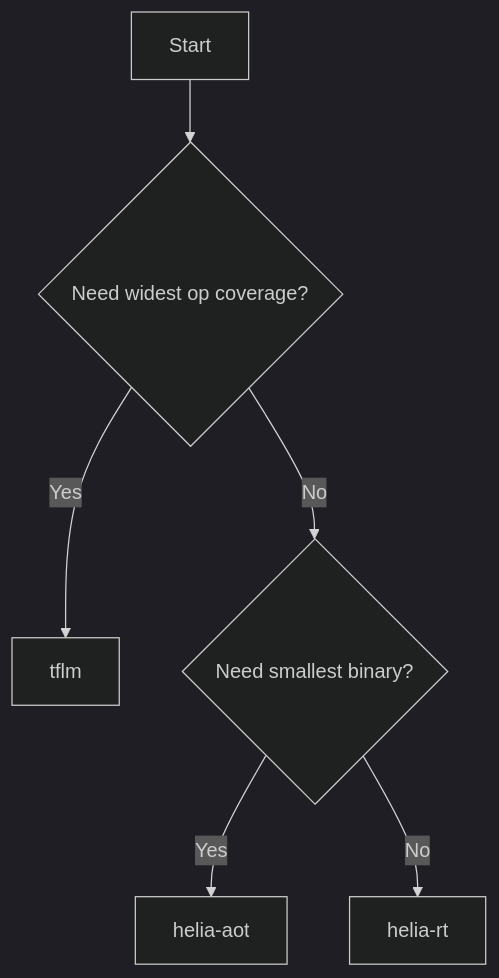
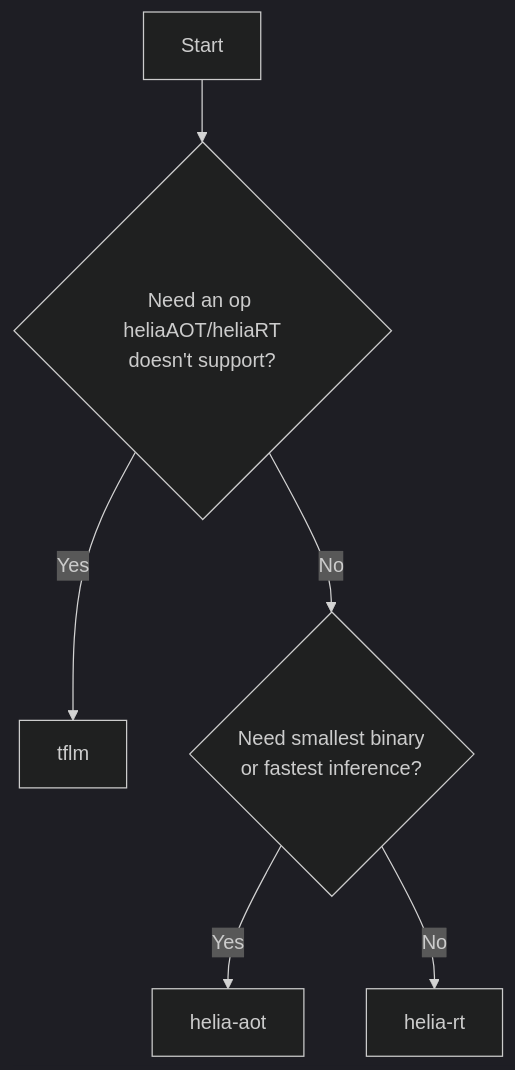
One commit to AmbiqAI/helia-profiler changed the diagram in docs/guide/engines.md. Above: the diagram before and after it, drawn with Mermaid (dark theme). The commit also changed other lines of this file and 17 other files, not shown here.

````diff
--- a/docs/guide/engines.md
+++ b/docs/guide/engines.md
@@ -127,8 +152,8 @@
 ```mermaid
 graph TD
-    A[Start] --> B{Need widest op coverage?}
+    A[Start] --> B{Need an op heliaAOT/heliaRT<br/>doesn't support?}
     B -->|Yes| C[tflm]
-    B -->|No| D{Need smallest binary?}
+    B -->|No| D{Need smallest binary<br/>or fastest inference?}
     D -->|Yes| E[helia-aot]
     D -->|No| F[helia-rt]
 ```
````
